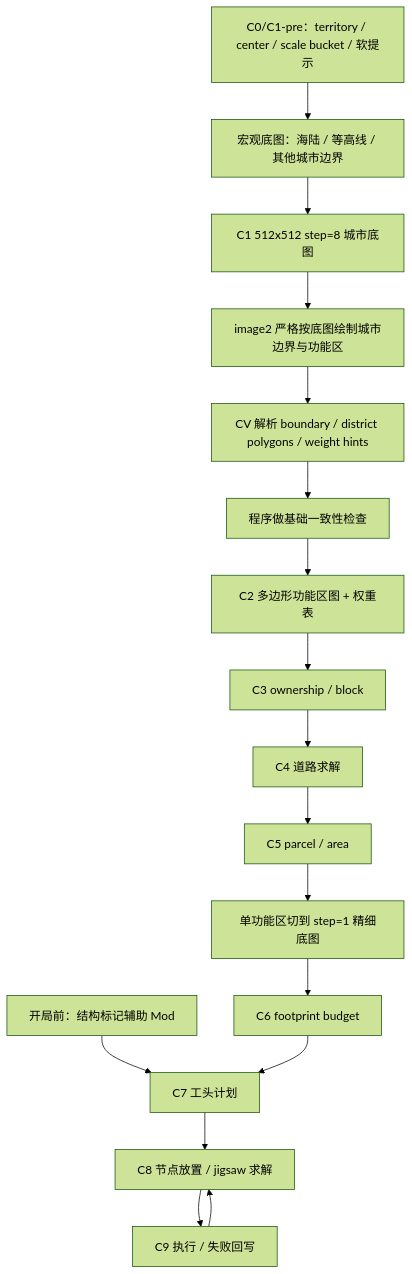
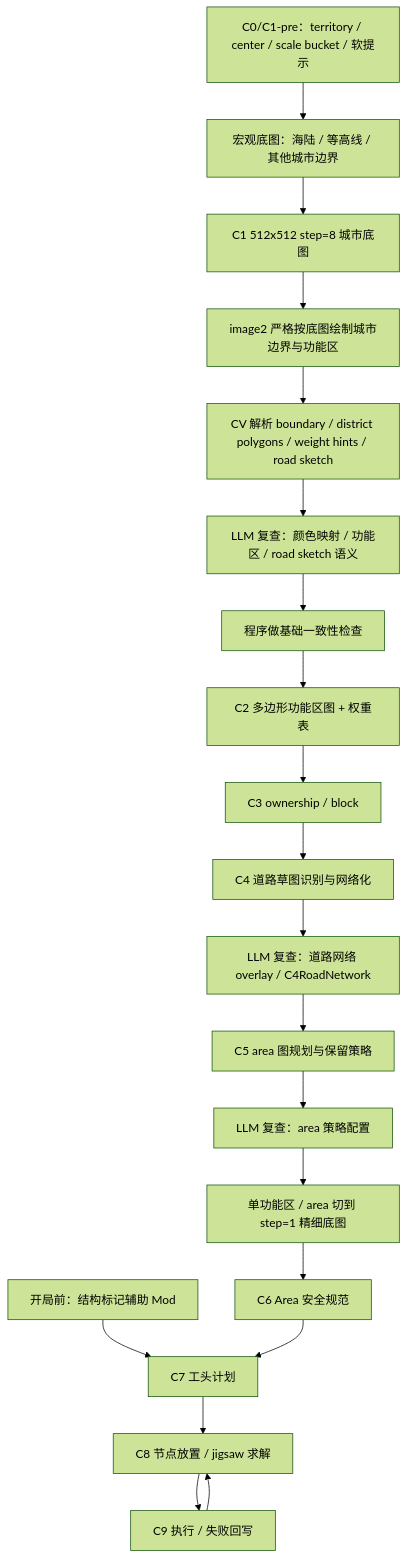
Before and after one commit to RinsingEL/designer_territoryMod: the diagram in docs/10_product/city/c_refactor/系统概述.md, drawn with Mermaid (forest theme). The commit also changed other lines of this file and 17 other files, not shown here.

````diff
--- a/docs/10_product/city/c_refactor/系统概述.md
+++ b/docs/10_product/city/c_refactor/系统概述.md
@@ -26,19 +26,22 @@
 ```mermaid
 flowchart TD
     Z["开局前：结构标记辅助 Mod"] --> K
     P["C0/C1-pre：territory / center / scale bucket / 软提示"] --> A["宏观底图：海陆 / 等高线 / 其他城市边界"]
     A --> B["C1 512x512 step=8 城市底图"]
     B --> C["image2 严格按底图绘制城市边界与功能区"]
-    C --> D["CV 解析 boundary / district polygons / weight hints"]
-    D --> E["程序做基础一致性检查"]
+    C --> D["CV 解析 boundary / district polygons / weight hints / road sketch"]
+    D --> R1["LLM 复查：颜色映射 / 功能区 / road sketch 语义"]
+    R1 --> E["程序做基础一致性检查"]
     E --> F["C2 多边形功能区图 + 权重表"]
     F --> G["C3 ownership / block"]
-    G --> H["C4 道路求解"]
-    H --> I["C5 parcel / area"]
-    I --> S["单功能区切到 step=1 精细底图"]
-    S --> J["C6 footprint budget"]
+    G --> H["C4 道路草图识别与网络化"]
+    H --> R2["LLM 复查：道路网络 overlay / C4RoadNetwork"]
+    R2 --> I["C5 area 图规划与保留策略"]
+    I --> R3["LLM 复查：area 策略配置"]
+    R3 --> S["单功能区 / area 切到 step=1 精细底图"]
+    S --> J["C6 Area 安全规范"]
     J --> K["C7 工头计划"]
     K --> L["C8 节点放置 / jigsaw 求解"]
     L --> M["C9 执行 / 失败回写"]
     M --> L
 ```
````
